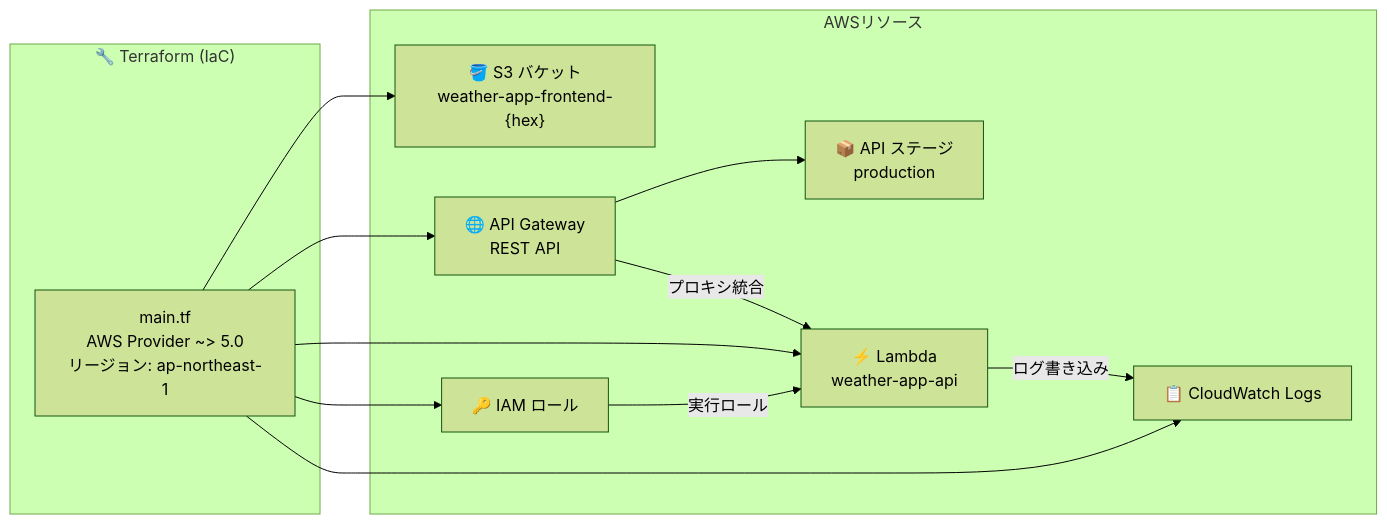
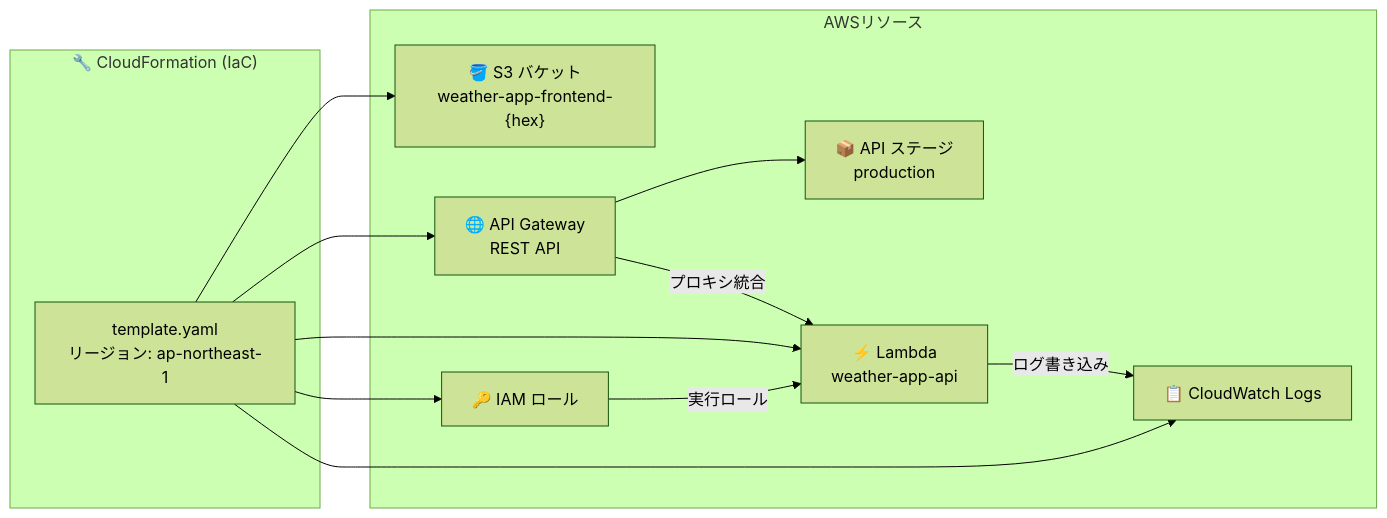
One commit to yujishiina1984/test2 changed the third of 6 diagrams in ARCHITECTURE.md. Above: the diagram before and after it, drawn with Mermaid (forest theme). The commit also changed other lines of this file and 6 other files, not shown here.

Commit message:
refactor: convert Terraform IaC to AWS CloudFormation

````diff
--- a/ARCHITECTURE.md
+++ b/ARCHITECTURE.md
@@ -113,26 +113,26 @@
 ```mermaid
 graph LR
-    subgraph Terraform["🔧 Terraform (IaC)"]
-        TF["main.tf<br/>AWS Provider ~> 5.0<br/>リージョン: ap-northeast-1"]
+    subgraph CloudFormation["🔧 CloudFormation (IaC)"]
+        CFN["template.yaml<br/>リージョン: ap-northeast-1"]
     end
 
     subgraph AWSリソース
         S3["🪣 S3 バケット<br/>weather-app-frontend-{hex}"]
         APIGW["🌐 API Gateway<br/>REST API"]
         LAMBDA["⚡ Lambda<br/>weather-app-api"]
         IAM["🔑 IAM ロール"]
         CW["📋 CloudWatch Logs"]
         STAGE["📦 API ステージ<br/>production"]
     end
 
-    TF --> S3
-    TF --> APIGW
-    TF --> LAMBDA
-    TF --> IAM
-    TF --> CW
+    CFN --> S3
+    CFN --> APIGW
+    CFN --> LAMBDA
+    CFN --> IAM
+    CFN --> CW
 
     APIGW --> STAGE
     APIGW -- "プロキシ統合" --> LAMBDA
     IAM -- "実行ロール" --> LAMBDA
     LAMBDA -- "ログ書き込み" --> CW
 ```
````
